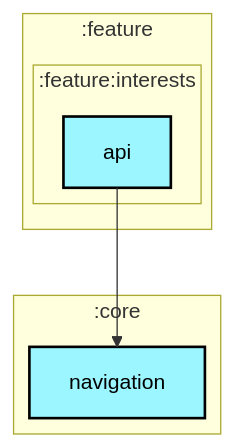
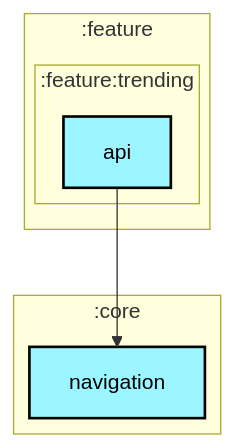
One commit to AshishMK/JetUpdates changed the first of 2 diagrams in feature/trending/api/README.md. Above: the diagram before and after it, drawn with Mermaid. The commit also changed 15 other files, not shown here.

Commit message:
feat: hideBottomBar logic All pull requests completed after PR # 2003Migrate project to Jetpack Navigation 3 to PR #2100 Update README graphs with correct datastore-proto plugin

````diff
--- a/feature/trending/api/README.md
+++ b/feature/trending/api/README.md
@@ -6,29 +6,29 @@
 ```mermaid
 ---
 config:
   layout: elk
   elk:
     nodePlacementStrategy: SIMPLE
 ---
 graph TB
   subgraph :feature
     direction TB
-    subgraph :feature:interests
+    subgraph :feature:trending
       direction TB
-      :feature:interests:api[api]:::android-library
+      :feature:trending:api[api]:::android-library
     end
   end
   subgraph :core
     direction TB
     :core:navigation[navigation]:::android-library
   end
 
-  :feature:interests:api --> :core:navigation
+  :feature:trending:api --> :core:navigation
 
 classDef android-application fill:#CAFFBF,stroke:#000,stroke-width:2px,color:#000;
 classDef android-feature fill:#FFD6A5,stroke:#000,stroke-width:2px,color:#000;
 classDef android-library fill:#9BF6FF,stroke:#000,stroke-width:2px,color:#000;
 classDef android-test fill:#A0C4FF,stroke:#000,stroke-width:2px,color:#000;
 classDef jvm-library fill:#BDB2FF,stroke:#000,stroke-width:2px,color:#000;
 classDef unknown fill:#FFADAD,stroke:#000,stroke-width:2px,color:#000;
 ```
````
